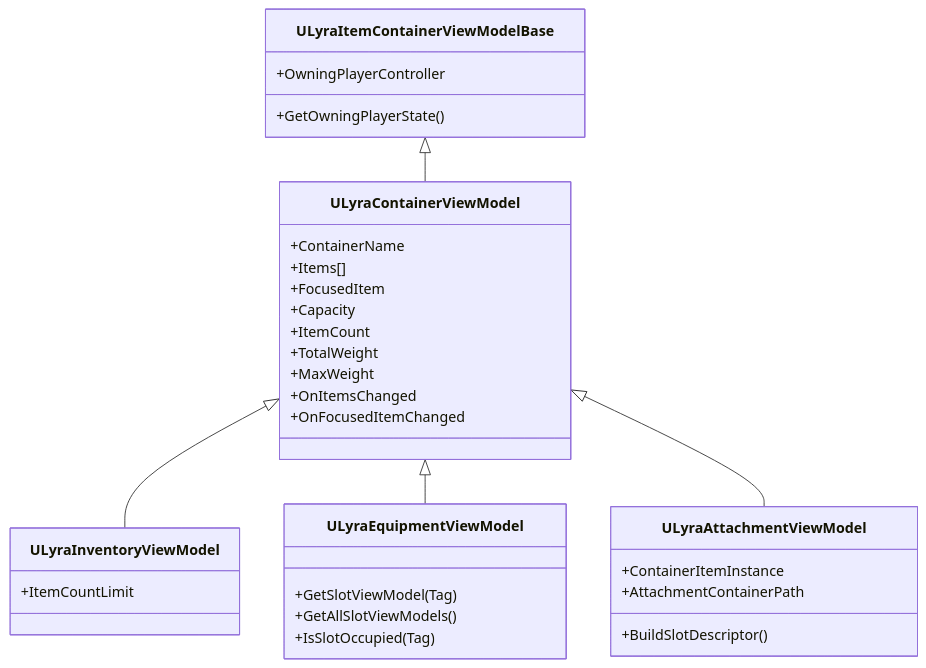
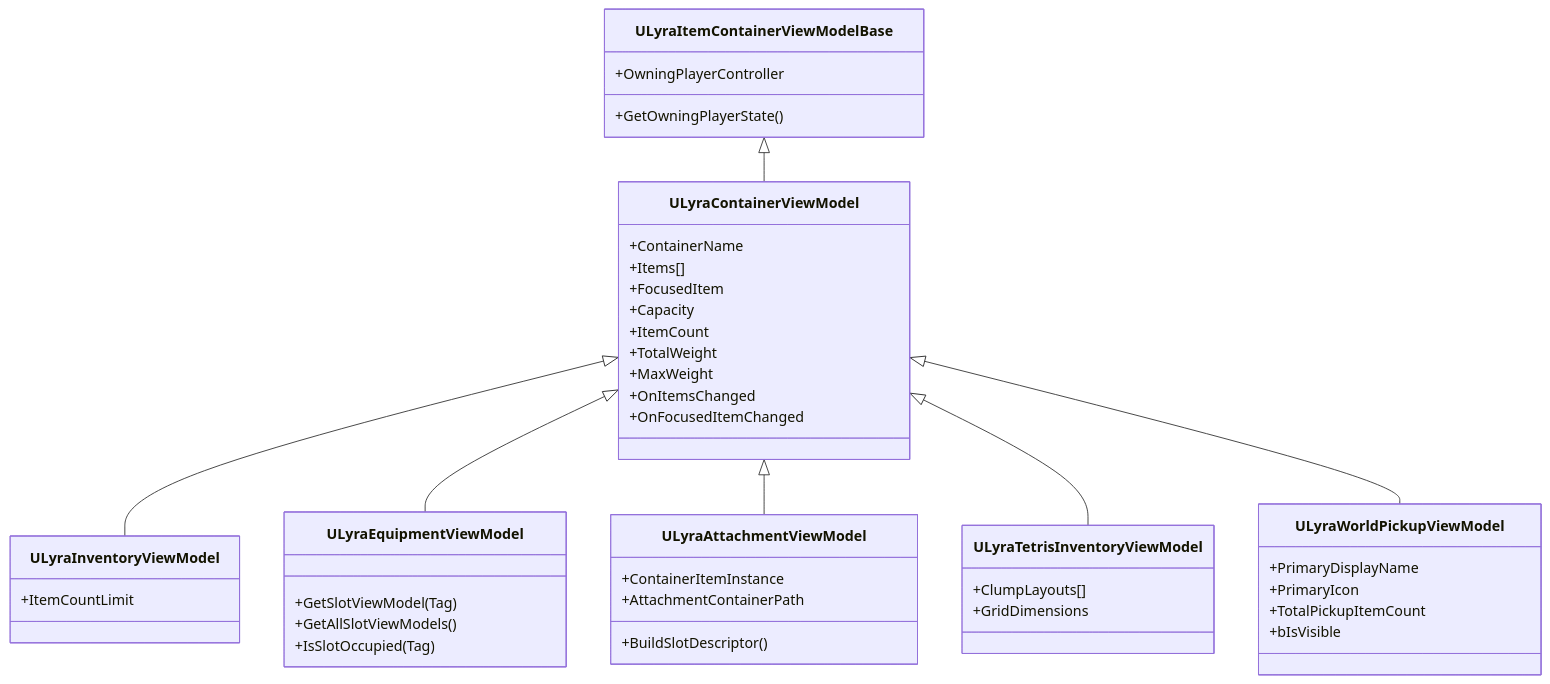
One commit to outliyr/outliyr-docs changed the diagram in outliyr-framework/docs/base-lyra-modified/ui/item-container-ui-system/data-layers-view-models/specialized-implementations.md. Above: the diagram before and after it, drawn with Mermaid. The commit also changed other lines of this file and 228 other files, not shown here.

````diff
--- a/outliyr-framework/docs/base-lyra-modified/ui/item-container-ui-system/data-layers-view-models/specialized-implementations.md
+++ b/outliyr-framework/docs/base-lyra-modified/ui/item-container-ui-system/data-layers-view-models/specialized-implementations.md
@@ -7,40 +7,54 @@
 ```mermaid
 classDiagram
     class ULyraItemContainerViewModelBase {
         +OwningPlayerController
         +GetOwningPlayerState()
     }
 
     class ULyraContainerViewModel {
         +ContainerName
         +Items[]
         +FocusedItem
         +Capacity
         +ItemCount
         +TotalWeight
         +MaxWeight
         +OnItemsChanged
         +OnFocusedItemChanged
     }
 
     class ULyraInventoryViewModel {
         +ItemCountLimit
     }
 
     class ULyraEquipmentViewModel {
         +GetSlotViewModel(Tag)
         +GetAllSlotViewModels()
         +IsSlotOccupied(Tag)
     }
 
     class ULyraAttachmentViewModel {
         +ContainerItemInstance
         +AttachmentContainerPath
         +BuildSlotDescriptor()
     }
 
+    class ULyraTetrisInventoryViewModel {
+        +ClumpLayouts[]
+        +GridDimensions
+    }
+
+    class ULyraWorldPickupViewModel {
+        +PrimaryDisplayName
+        +PrimaryIcon
+        +TotalPickupItemCount
+        +bIsVisible
+    }
+
     ULyraItemContainerViewModelBase <|-- ULyraContainerViewModel
     ULyraContainerViewModel <|-- ULyraInventoryViewModel
     ULyraContainerViewModel <|-- ULyraEquipmentViewModel
     ULyraContainerViewModel <|-- ULyraAttachmentViewModel
+   ULyraContainerViewModel <|-- ULyraTetrisInventoryViewModel
+    ULyraContainerViewModel <|-- ULyraWorldPickupViewModel
 ```
````
